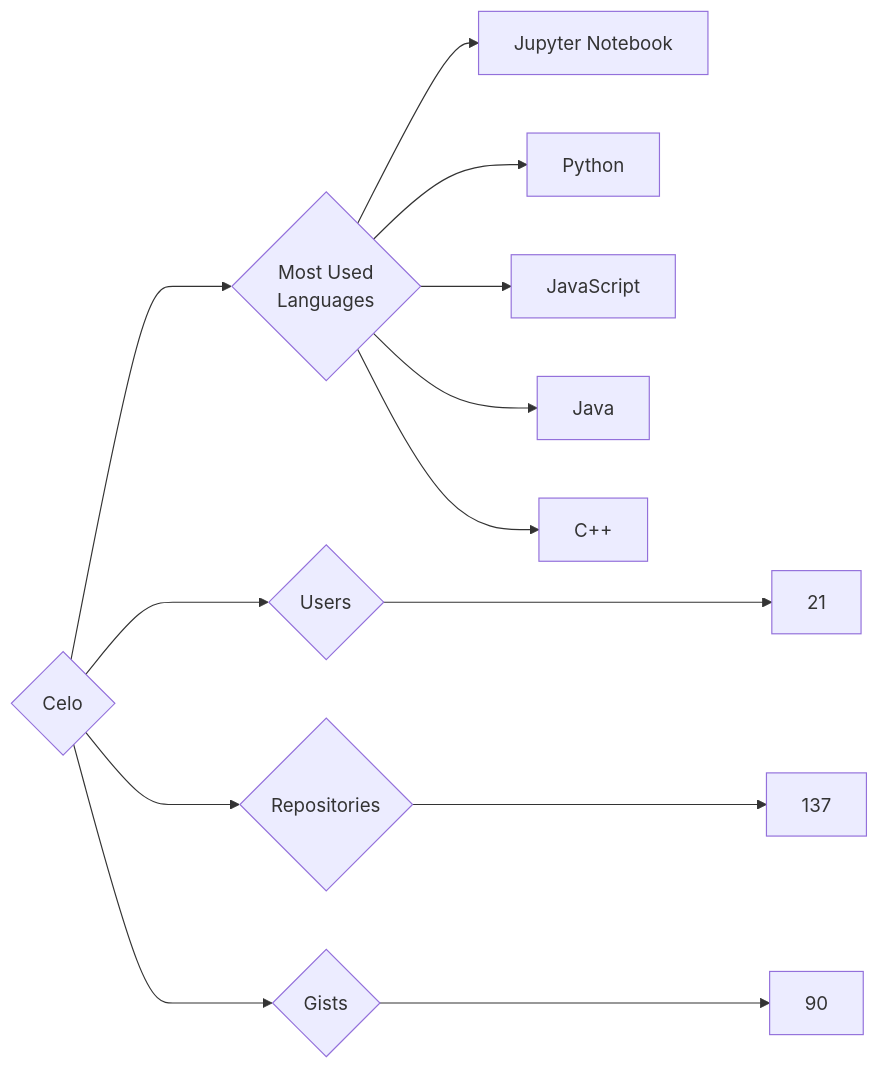
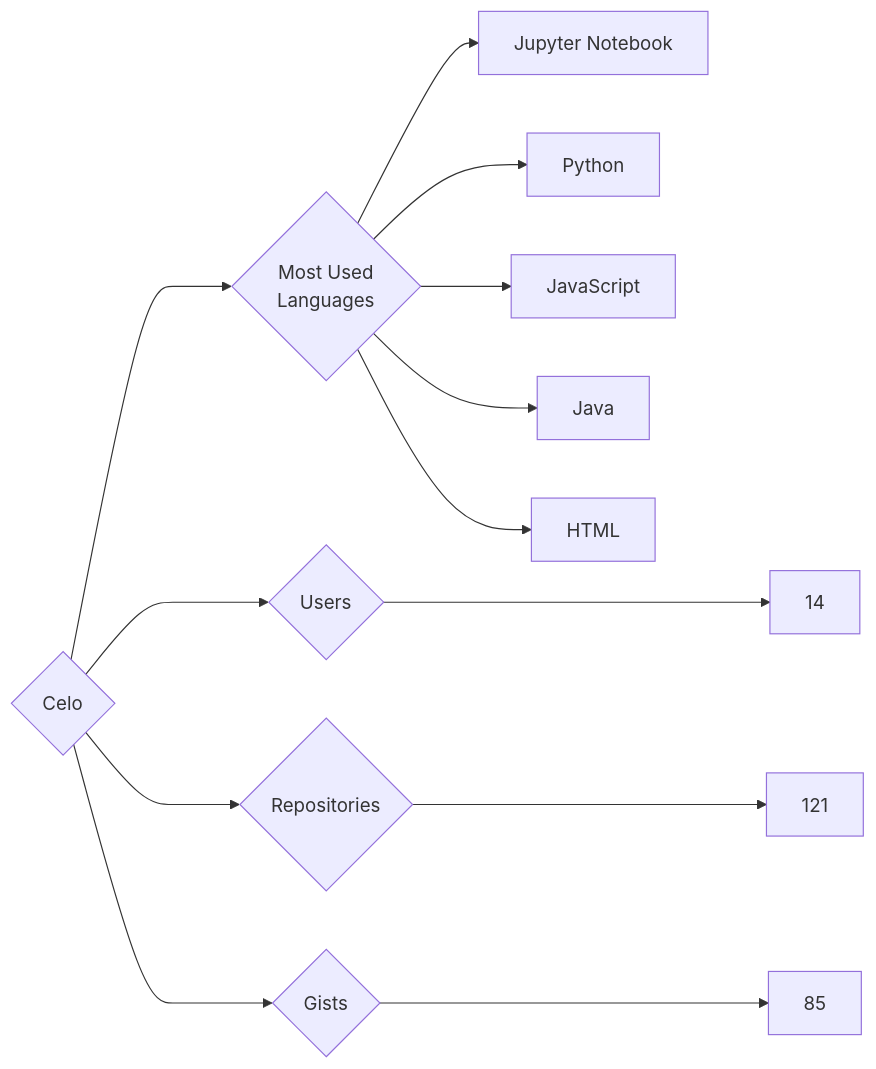
The diagram in targets/Celo/README.md (trickest/insiders), drawn with Mermaid before and after one commit. The commit also changed 934 other files, not shown here.

````diff
--- a/targets/Celo/README.md
+++ b/targets/Celo/README.md
@@ -3,13 +3,13 @@
 ```mermaid
 graph LR
 COMPANY_NAME{Celo}
-COMPANY_NAME ---> U{Users} ---> UN[21]
-COMPANY_NAME ---> R{Repositories} ---> RN[137]
-COMPANY_NAME ---> G{Gists} ---> GN[90]
+COMPANY_NAME ---> U{Users} ---> UN[14]
+COMPANY_NAME ---> R{Repositories} ---> RN[121]
+COMPANY_NAME ---> G{Gists} ---> GN[85]
 COMPANY_NAME ---> ML{Most Used<br>Languages}
 ML --> Jupyter_Notebook[Jupyter Notebook]
 ML --> Python[Python]
 ML --> JavaScript[JavaScript]
 ML --> Java[Java]
-ML --> C++[C++]
+ML --> HTML[HTML]
 ```
````
